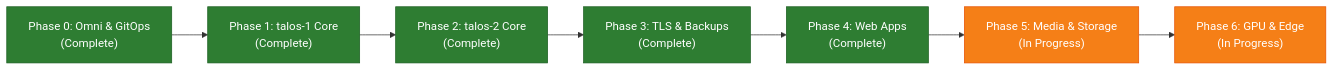
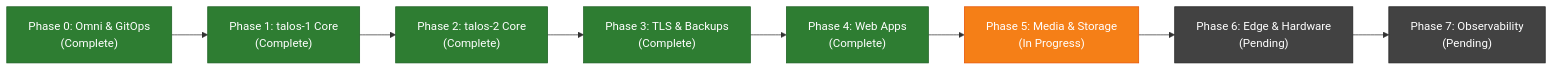
Before and after one commit to GabrielJean/HomeLab: the first of 3 diagrams in K8s/PLAN.md, drawn with Mermaid. The commit also changed other lines of this file, not shown here.

Commit message:
docs(plan): move Plex to Phase 5 and Observability to Phase 7

````diff
--- a/K8s/PLAN.md
+++ b/K8s/PLAN.md
@@ -48,14 +49,16 @@
 ```mermaid
 flowchart LR
     P0["Phase 0: Omni & GitOps<br/>(Complete)"] --> P1["Phase 1: talos-1 Core<br/>(Complete)"]
     P1 --> P2["Phase 2: talos-2 Core<br/>(Complete)"]
     P2 --> P3["Phase 3: TLS & Backups<br/>(Complete)"]
     P3 --> P4["Phase 4: Web Apps<br/>(Complete)"]
     P4 --> P5["Phase 5: Media & Storage<br/>(In Progress)"]
-    P5 --> P6["Phase 6: GPU & Edge<br/>(In Progress)"]
+    P5 --> P6["Phase 6: Edge & Hardware<br/>(Pending)"]
+    P6 --> P7["Phase 7: Observability<br/>(Pending)"]
     classDef done fill:#2e7d32,stroke:#1b5e20,color:#ffffff;
     classDef inprog fill:#f57f17,stroke:#e65100,color:#ffffff;
     classDef todo fill:#424242,stroke:#212121,color:#ffffff;
     class P0,P1,P2,P3,P4 done;
-    class P5,P6 inprog;
+    class P5 inprog;
+    class P6,P7 todo;
 ```
````
